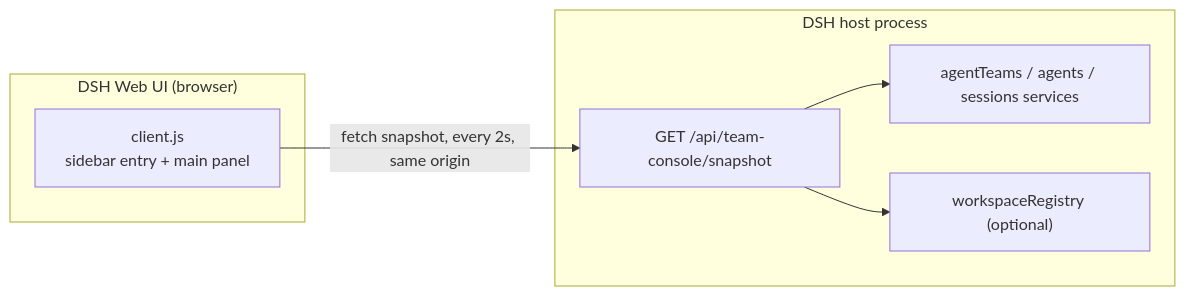
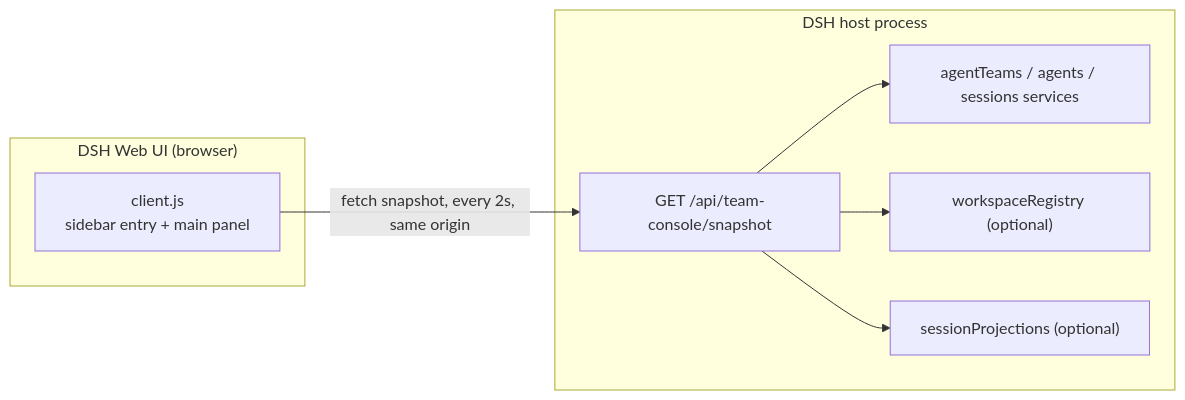
The diagram in README.md (kkomia/dsh-agent-team-console), drawn with Mermaid before and after one commit. The commit also changed other lines of this file and 9 other files, not shown here.

````diff
--- a/README.md
+++ b/README.md
@@ -234,14 +244,16 @@
 ```mermaid
 flowchart LR
   subgraph Browser["DSH Web UI (browser)"]
     P["client.js<br/>sidebar entry + main panel"]
   end
   subgraph Host["DSH host process"]
     R["GET /api/team-console/snapshot"]
     S["agentTeams / agents / sessions services"]
     W["workspaceRegistry (optional)"]
+    J["sessionProjections (optional)"]
     R --> S
     R --> W
+    R --> J
   end
   P -- "fetch snapshot, every 2s, same origin" --> R
 ```
````
